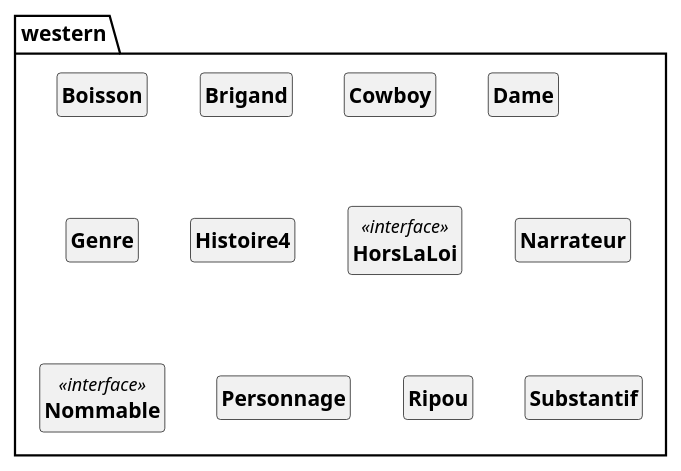
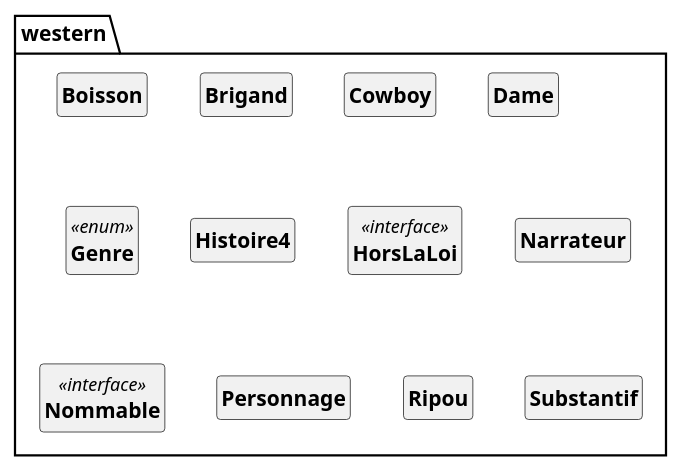
One commit to DimToups/Java-to-PUML-converter changed the diagram in out/production/p21_projet/pumlFromJava/westernClass.puml. Above: the diagram before and after it, drawn with PlantUML. The commit also changed 6 other files, not shown here.

```diff
--- a/out/production/p21_projet/pumlFromJava/westernClass.puml
+++ b/out/production/p21_projet/pumlFromJava/westernClass.puml
@@ -1,48 +1,48 @@
 @startuml
 'https://plantuml.com/class-diagram
 skinparam style strictuml
 skinparam classAttributeIconSize 0
 skinparam classFontStyle Bold
 
 hide empty members
 
 
 package western{
 
 class Boisson{
 
 }
 class Brigand{
 
 }
 class Cowboy{
 
 }
 class Dame{
 
 }
-class Genre{
+class Genre <<enum>>{
 
 }
 class Histoire4{
 
 }
 class HorsLaLoi <<interface>>{
 
 }
 class Narrateur{
 
 }
 class Nommable <<interface>>{
 
 }
 class Personnage{
 
 }
 class Ripou{
 
 }
 class Substantif{
 
 }
 @enduml
```
